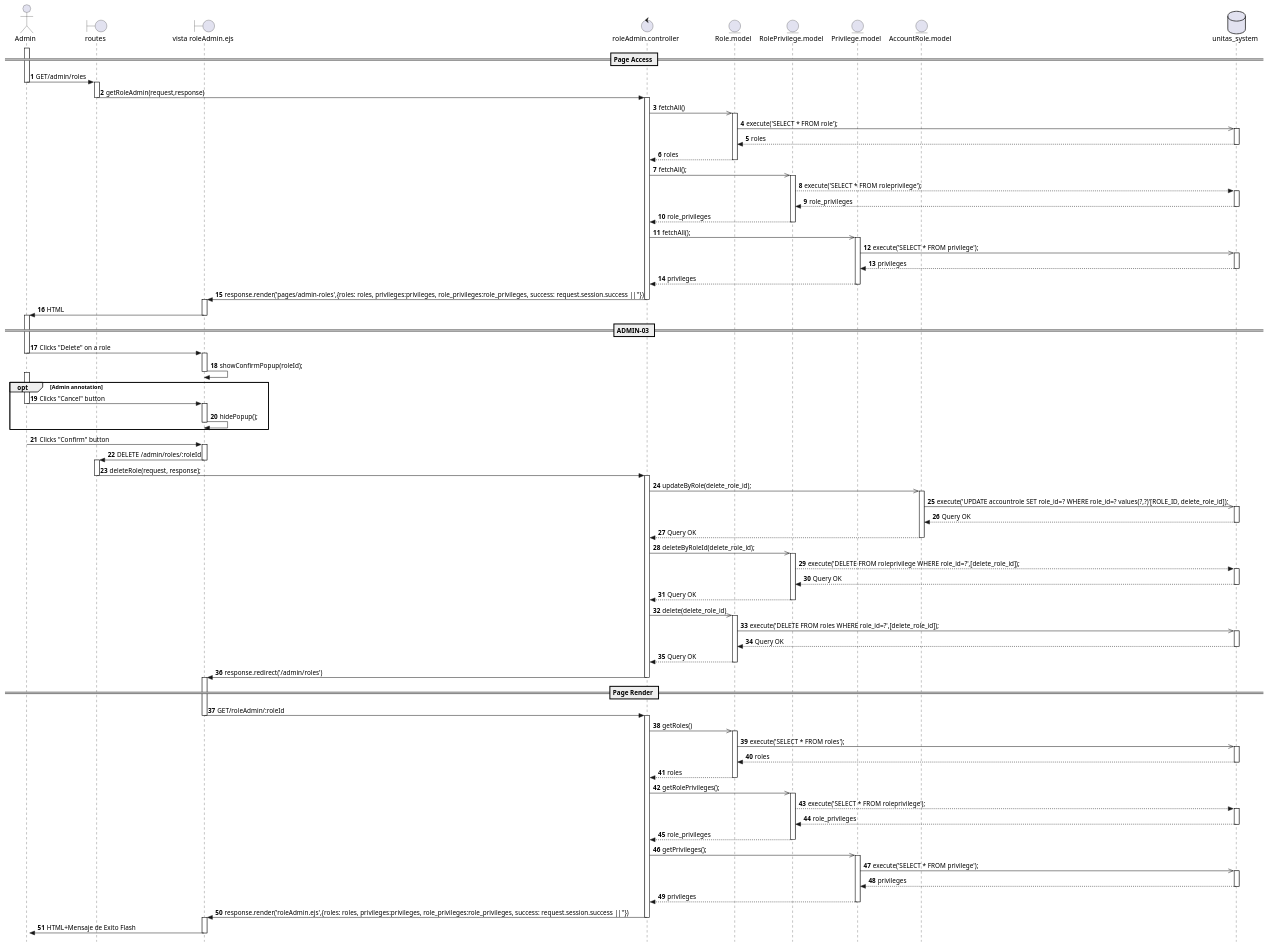
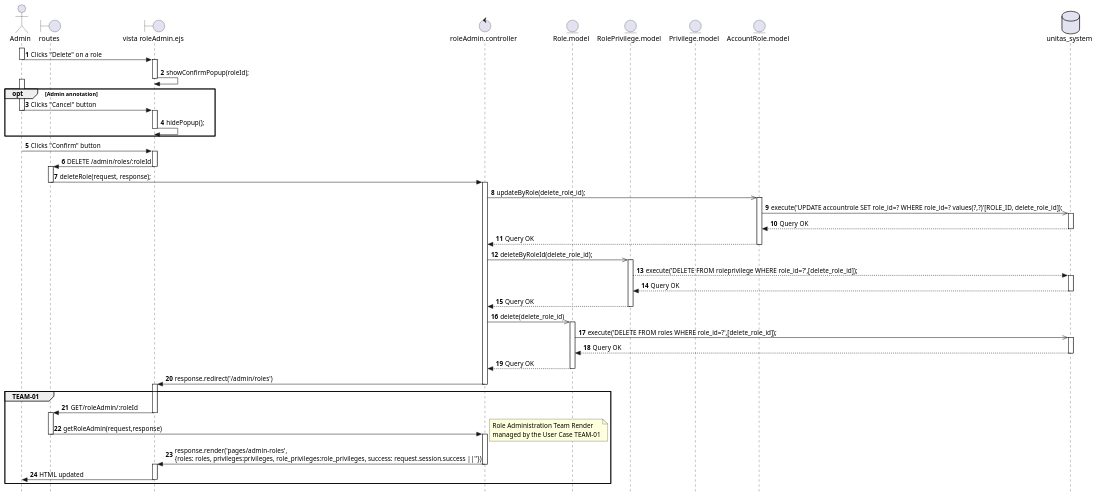
One commit to Berthou05/LimboSoftwareDevelopment_Change.org changed the diagram in documentation/sequence_diagrams/ADMIN-03-SD.puml. Above: the diagram before and after it, drawn with PlantUML. The commit also changed 5 other files, not shown here.

```diff
--- a/documentation/sequence_diagrams/ADMIN-03-SD.puml
+++ b/documentation/sequence_diagrams/ADMIN-03-SD.puml
@@ -1,145 +1,91 @@
 @startuml
 skinparam style strictuml
 
 actor Admin as A   
 boundary "routes" as RO
 boundary "vista roleAdmin.ejs" as V
 control "roleAdmin.controller" as C
 entity "Role.model" as R
 entity "RolePrivilege.model" as RP
 entity "Privilege.model" as P
 entity "AccountRole.model" as AR
 database "unitas_system" as BD
 autonumber
 
 activate A
-== Page Access ==
-
-A -> RO:GET/admin/roles
-deactivate A
-    activate RO
-    RO -> C:getRoleAdmin(request,response)
-    deactivate RO
-        activate C
-        C ->> R:fetchAll()
-            activate R
-            R->>BD:execute('SELECT * FROM role');
-                activate BD
-                BD-->R:roles
-                deactivate BD
-            R-->C:roles
-            deactivate R
-        C->>RP:fetchAll();
-            activate RP
-            RP-->BD:execute('SELECT * FROM roleprivilege');
-                activate BD
-                BD-->RP:role_privileges
-                deactivate BD
-            RP-->C:role_privileges
-            deactivate RP
-        C->>P:fetchAll();
-            activate P
-            P->>BD:execute('SELECT * FROM privilege');
-                activate BD
-                BD-->P:privileges
-                deactivate BD
-            P-->C:privileges
-            deactivate P
-            C->V: response.render('pages/admin-roles',{roles: roles, privileges:privileges, role_privileges:role_privileges, success: request.session.success ||''})
-        deactivate C
-    activate V
-    V->A:HTML
-    deactivate V
-activate A
-== ADMIN-03 ==
 A->V:Clicks "Delete" on a role
 deactivate A
     activate V
     V->V:showConfirmPopup(roleId);
     deactivate V
 
 activate A
 opt Admin annotation
 A->V:Clicks "Cancel" button
 deactivate A
     activate V
     V->V:hidePopup();
     deactivate V
 end
 activate A
 
 A->V:Clicks "Confirm" button
 deactivate A
     activate V
     V->RO: DELETE /admin/roles/:roleId
     deactivate V
         activate RO
         RO->C:deleteRole(request, response);
         deactivate RO
             activate C
                 C->>AR:updateByRole(delete_role_id);
                 activate AR    
                     AR->>BD:execute('UPDATE accountrole SET role_id=? WHERE role_id=? values(?,?)'[ROLE_ID, delete_role_id]);
                     activate BD
                     BD-->AR:Query OK
                     deactivate BD
                 AR-->C:Query OK
                 deactivate AR
 
                 C->>RP:deleteByRoleId(delete_role_id);
                     activate RP
                     RP-->BD:execute('DELETE FROM roleprivilege WHERE role_id=?',[delete_role_id]);
                         activate BD
                         BD-->RP:Query OK
                         deactivate BD
                     RP-->C:Query OK
                     deactivate RP
 
                 C ->> R:delete(delete_role_id)
                     activate R
                     R->>BD:execute('DELETE FROM roles WHERE role_id=?',[delete_role_id]);
                         activate BD
                         BD-->R:Query OK
                         deactivate BD
                     R-->C:Query OK
                     deactivate R
                 C->V:response.redirect('/admin/roles')
                 deactivate C
             activate V
-            == Page Render ==
-            V->C: GET/roleAdmin/:roleId
-            deactivate V 
-                activate C 
-                
-                C ->> R:getRoles()
-                    activate R
-                    R->>BD:execute('SELECT * FROM roles');
-                        activate BD
-                        BD-->R:roles
-                        deactivate BD
-                    R-->C:roles
-                    deactivate R
-                C->>RP:getRolePrivileges();
-                    activate RP
-                    RP-->BD:execute('SELECT * FROM roleprivilege');
-                        activate BD
-                        BD-->RP:role_privileges
-                        deactivate BD
-                    RP-->C:role_privileges
-                    deactivate RP
-                C->>P:getPrivileges();
-                    activate P
-                    P->>BD:execute('SELECT * FROM privilege');
-                        activate BD
-                        BD-->P:privileges
-                        deactivate BD
-                    P-->C:privileges
-                    deactivate P
-                C->V: response.render('roleAdmin.ejs',{roles: roles, privileges:privileges, role_privileges:role_privileges, success: request.session.success ||''})
-                deactivate C
-            activate V
-            V->A:HTML+Mensaje de Exito Flash
+            
+            group TEAM-01
+            V->RO: GET/roleAdmin/:roleId
             deactivate V
+                activate RO
+                RO->C:getRoleAdmin(request,response)
+                deactivate RO
+                    activate C
+                    note right
+                    Role Administration Team Render
+                    managed by the User Case TEAM-01
+                    end note
+                    C->V:response.render('pages/admin-roles',\n{roles: roles, privileges:privileges, role_privileges:role_privileges, success: request.session.success ||''})
+                    deactivate C
+                activate V
+                V->A: HTML updated
+                deactivate V
+
+            end group
 activate A
 
 @enduml
```
